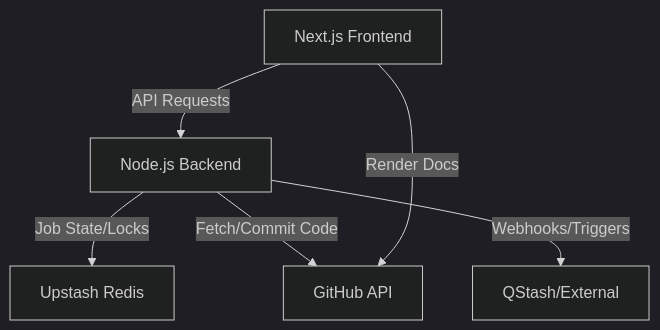
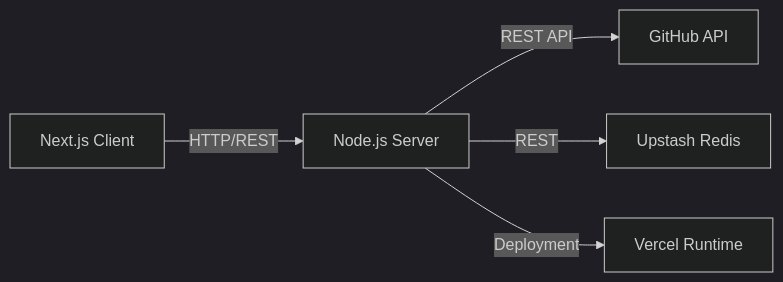
One commit to shinymacktest/gitdex-docs changed the first of 2 diagrams in docs/shinymack/gitdex/2_system-architecture.mdx. Above: the diagram before and after it, drawn with Mermaid (dark theme). The commit also changed other lines of this file and 15 other files, not shown here.

````diff
--- a/docs/shinymack/gitdex/2_system-architecture.mdx
+++ b/docs/shinymack/gitdex/2_system-architecture.mdx
@@ -14,8 +14,7 @@
 ```mermaid
-graph TD
-    Client["Next.js Frontend"] -- "API Requests" --> Server["Node.js Backend"]
-    Server -- "Job State/Locks" --> Redis["Upstash Redis"]
-    Server -- "Fetch/Commit Code" --> GitHub["GitHub API"]
-    Server -- "Webhooks/Triggers" --> QStash["QStash/External"]
-    Client -- "Render Docs" --> GitHub
+graph LR
+    Client["Next.js Client"] -- "HTTP/REST" --> Server["Node.js Server"]
+    Server -- "REST API" --> GitHub["GitHub API"]
+    Server -- "REST" --> Redis["Upstash Redis"]
+    Server -- "Deployment" --> Vercel["Vercel Runtime"]
 ```
````
